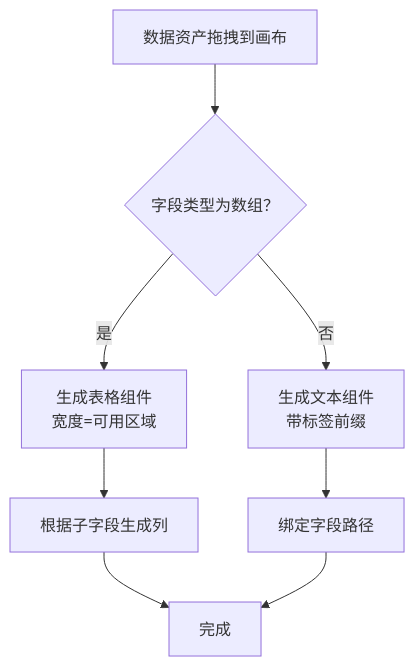
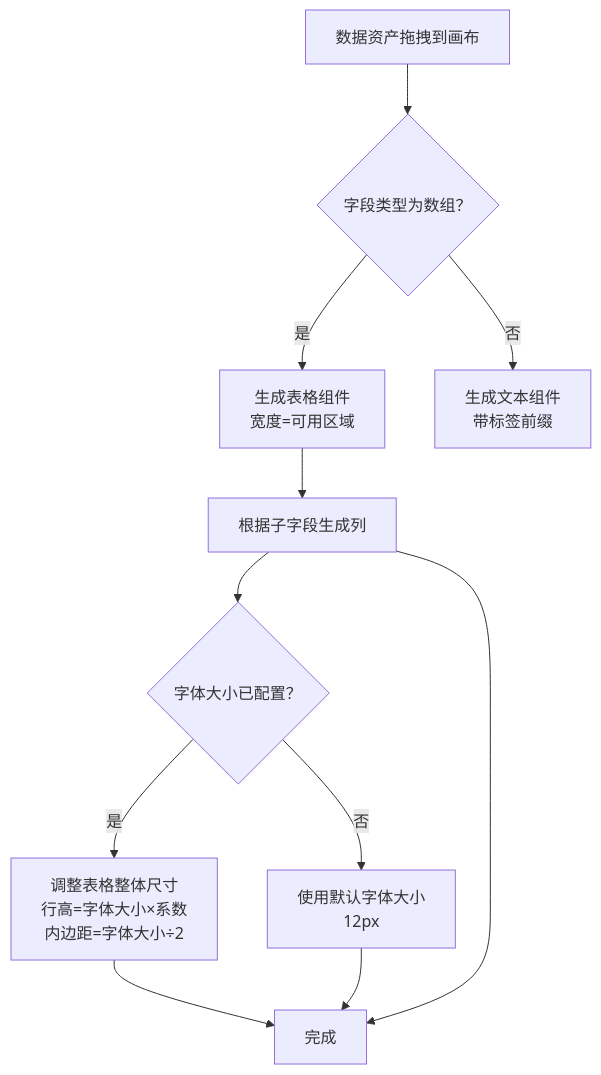
One commit to joker-yjc/printer changed the fourth of 5 diagrams in .qoder/repowiki/zh/content/设计器使用指南/组件库与数据资产/组件库使用指南.md. Above: the diagram before and after it, drawn with Mermaid. The commit also changed other lines of this file and 56 other files, not shown here.

````diff
--- a/.qoder/repowiki/zh/content/设计器使用指南/组件库与数据资产/组件库使用指南.md
+++ b/.qoder/repowiki/zh/content/设计器使用指南/组件库与数据资产/组件库使用指南.md
@@ -206,10 +208,13 @@
 ```mermaid
 flowchart TD
 Drop["数据资产拖拽到画布"] --> IsArray{"字段类型为数组？"}
 IsArray --> |是| CreateTable["生成表格组件<br/>宽度=可用区域"]
 IsArray --> |否| CreateText["生成文本组件<br/>带标签前缀"]
 CreateTable --> BindCols["根据子字段生成列"]
-CreateText --> BindPath["绑定字段路径"]
-BindCols --> Done["完成"]
-BindPath --> Done
+BindCols --> FontSizeCheck{"字体大小已配置？"}
+FontSizeCheck --> |是| AdjustSize["调整表格整体尺寸<br/>行高=字体大小×系数<br/>内边距=字体大小÷2"]
+FontSizeCheck --> |否| UseDefault["使用默认字体大小<br/>12px"]
+AdjustSize --> Done["完成"]
+UseDefault --> Done
+BindCols --> Done
 ```
````
